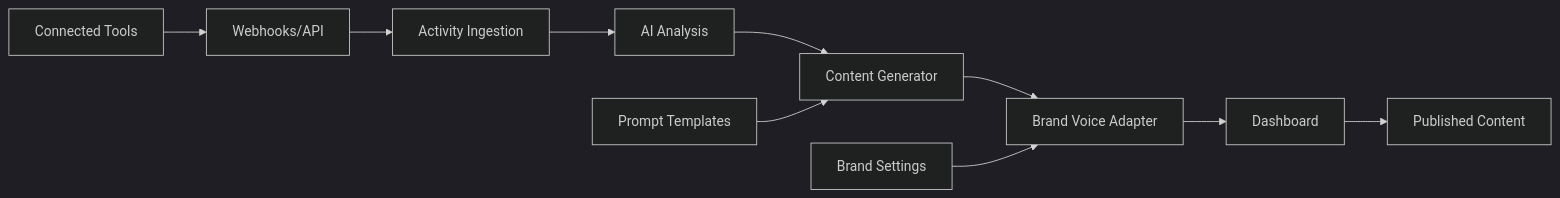
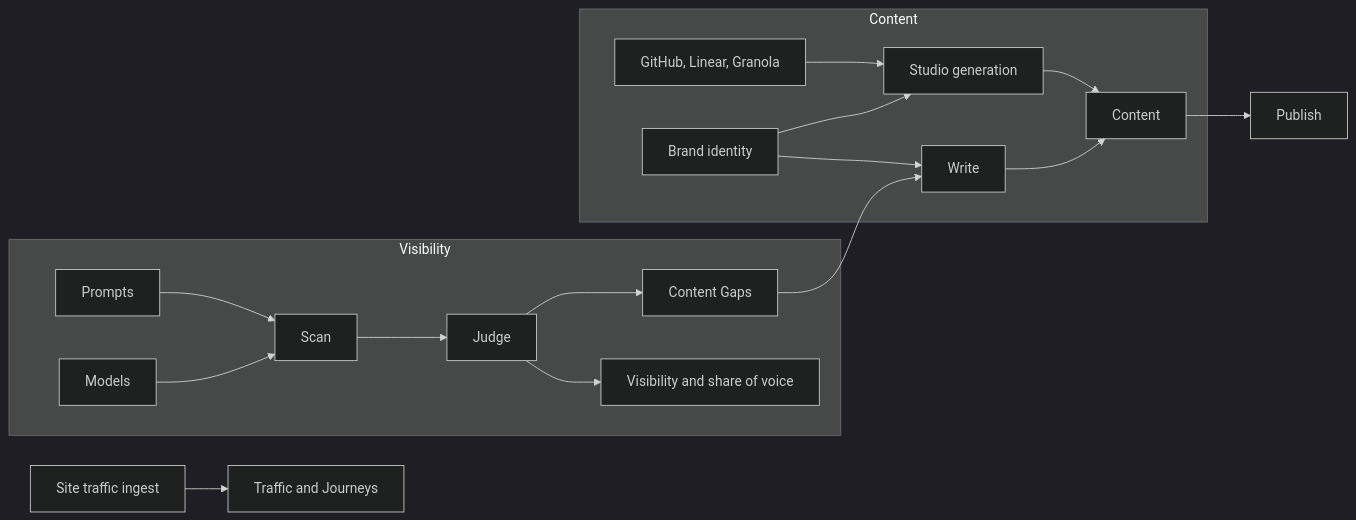
One commit to mezotv/notra changed the diagram in apps/docs/concepts/how-it-works.mdx. Above: the diagram before and after it, drawn with Mermaid (dark theme). The commit also changed other lines of this file and 59 other files, not shown here.

````diff
--- a/apps/docs/concepts/how-it-works.mdx
+++ b/apps/docs/concepts/how-it-works.mdx
@@ -111,13 +108,22 @@
 ```mermaid
 graph LR
-    A[Connected Tools] --> B[Webhooks/API]
-    B --> C[Activity Ingestion]
-    C --> D[AI Analysis]
-    D --> E[Content Generator]
-    E --> F[Brand Voice Adapter]
-    F --> G[Dashboard]
-    G --> H[Published Content]
-    
-    I[Brand Settings] --> F
-    J[Prompt Templates] --> E
+    subgraph Visibility
+      P[Prompts] --> S[Scan]
+      M[Models] --> S
+      S --> J[Judge]
+      J --> V[Visibility and share of voice]
+      J --> G[Content Gaps]
+    end
+
+    subgraph Content
+      G --> W[Write]
+      A[GitHub, Linear, Granola] --> ST[Studio generation]
+      B[Brand identity] --> W
+      B --> ST
+      W --> C[Content]
+      ST --> C
+    end
+
+    C --> PUB[Publish]
+    T[Site traffic ingest] --> TR[Traffic and Journeys]
 ```
````
